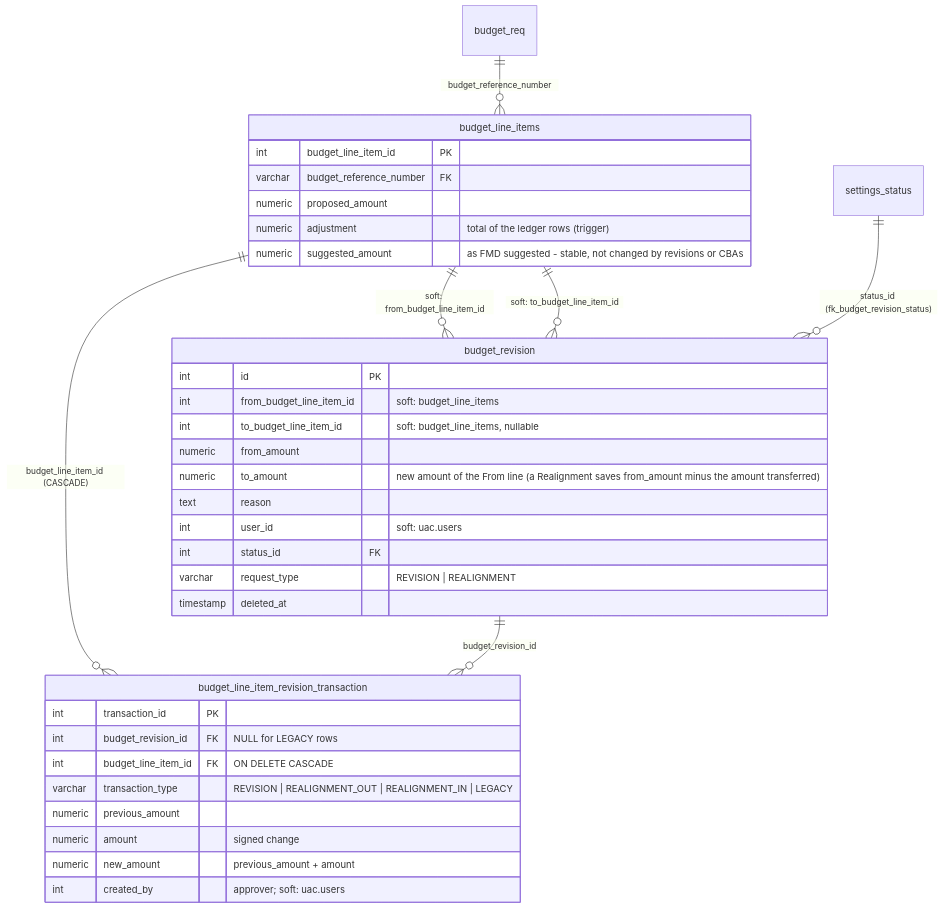
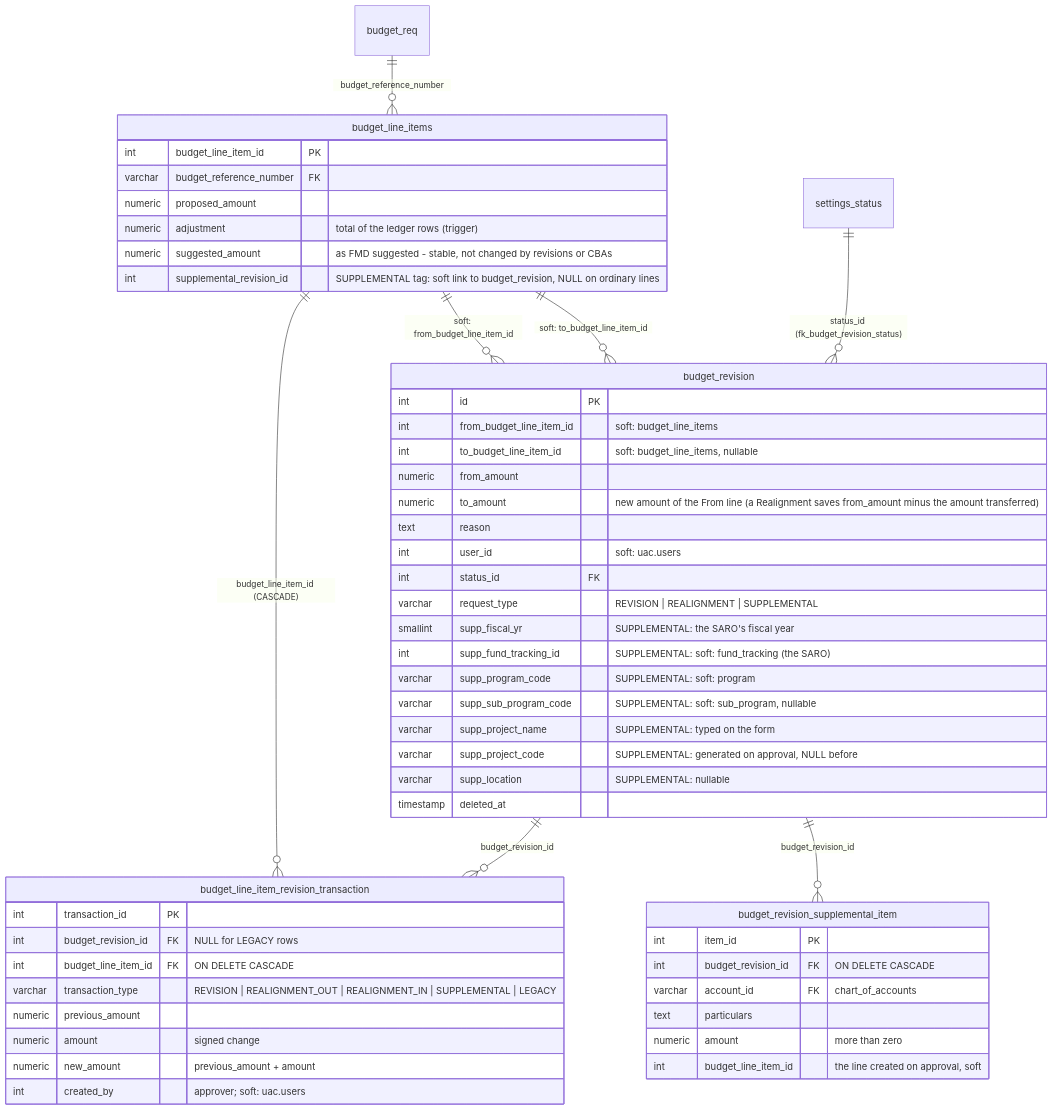
Before and after one commit to A-team-ITBS/fims-nha: the fifth of 39 diagrams in system_docs/ERD/README.md, drawn with Mermaid. The commit also changed other lines of this file and 17 other files, not shown here.

First line of the commit message:
feat: add support for supplemental budget requests in budget revision process

````diff
--- a/system_docs/ERD/README.md
+++ b/system_docs/ERD/README.md
@@ -343,38 +343,55 @@
 ```mermaid
 erDiagram
     budget_revision {
         int id PK
         int from_budget_line_item_id "soft: budget_line_items"
         int to_budget_line_item_id "soft: budget_line_items, nullable"
         numeric from_amount
         numeric to_amount "new amount of the From line (a Realignment saves from_amount minus the amount transferred)"
         text reason
         int user_id "soft: uac.users"
         int status_id FK
-        varchar request_type "REVISION | REALIGNMENT"
+        varchar request_type "REVISION | REALIGNMENT | SUPPLEMENTAL"
+        smallint supp_fiscal_yr "SUPPLEMENTAL: the SARO's fiscal year"
+        int supp_fund_tracking_id "SUPPLEMENTAL: soft: fund_tracking (the SARO)"
+        varchar supp_program_code "SUPPLEMENTAL: soft: program"
+        varchar supp_sub_program_code "SUPPLEMENTAL: soft: sub_program, nullable"
+        varchar supp_project_name "SUPPLEMENTAL: typed on the form"
+        varchar supp_project_code "SUPPLEMENTAL: generated on approval, NULL before"
+        varchar supp_location "SUPPLEMENTAL: nullable"
         timestamp deleted_at
     }
+    budget_revision_supplemental_item {
+        int item_id PK
+        int budget_revision_id FK "ON DELETE CASCADE"
+        varchar account_id FK "chart_of_accounts"
+        text particulars
+        numeric amount "more than zero"
+        int budget_line_item_id "the line created on approval, soft"
+    }
+    budget_revision ||--o{ budget_revision_supplemental_item : "budget_revision_id"
     budget_line_items {
         int budget_line_item_id PK
         varchar budget_reference_number FK
         numeric proposed_amount
         numeric adjustment "total of the ledger rows (trigger)"
         numeric suggested_amount "as FMD suggested - stable, not changed by revisions or CBAs"
+        int supplemental_revision_id "SUPPLEMENTAL tag: soft link to budget_revision, NULL on ordinary lines"
     }
     budget_line_item_revision_transaction {
         int transaction_id PK
         int budget_revision_id FK "NULL for LEGACY rows"
         int budget_line_item_id FK "ON DELETE CASCADE"
-        varchar transaction_type "REVISION | REALIGNMENT_OUT | REALIGNMENT_IN | LEGACY"
+        varchar transaction_type "REVISION | REALIGNMENT_OUT | REALIGNMENT_IN | SUPPLEMENTAL | LEGACY"
         numeric previous_amount
         numeric amount "signed change"
         numeric new_amount "previous_amount + amount"
         int created_by "approver; soft: uac.users"
     }
     budget_line_items ||--o{ budget_line_item_revision_transaction : "budget_line_item_id (CASCADE)"
     budget_revision ||--o{ budget_line_item_revision_transaction : "budget_revision_id"
     budget_line_items ||--o{ budget_revision : "soft: from_budget_line_item_id"
     budget_line_items ||--o{ budget_revision : "soft: to_budget_line_item_id"
     settings_status ||--o{ budget_revision : "status_id (fk_budget_revision_status)"
     budget_req ||--o{ budget_line_items : "budget_reference_number"
 ```
````
